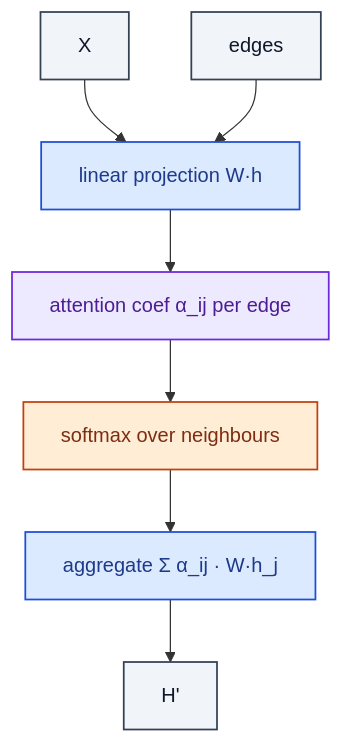
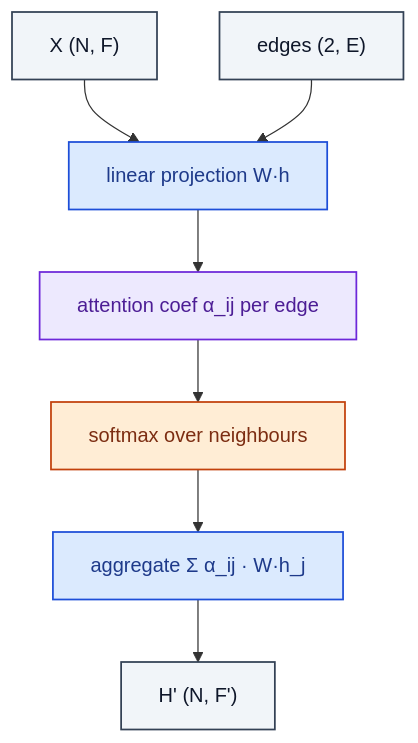
Before and after one commit to RealityShifts/Srivastava-book-of-Blocks-diagrams: the diagram in gnn/GraphAttention.md, drawn with Mermaid. The commit also changed 123 other files, not shown here.

````diff
--- a/gnn/GraphAttention.md
+++ b/gnn/GraphAttention.md
@@ -7,25 +7,26 @@
 ```mermaid
 flowchart TD
-    n0_0["X"]:::io
-    n0_1["edges"]:::io
+    n0_0["X  (N, F)"]:::io
+    n0_1["edges  (2, E)"]:::io
     n1_0["linear projection W·h"]:::op
     n2_0["attention coef α_ij per edge"]:::attn
     n3_0["softmax over neighbours"]:::act
     n4_0["aggregate  Σ α_ij · W·h_j"]:::op
-    n5_0["H'"]:::io
+    n5_0["H'  (N, F')"]:::io
     n0_0 --> n1_0
     n0_1 --> n1_0
     n1_0 --> n2_0
     n2_0 --> n3_0
     n3_0 --> n4_0
     n4_0 --> n5_0
     classDef io fill:#f1f5f9,stroke:#334155,stroke-width:1.4px,color:#0f172a
     classDef op fill:#dbeafe,stroke:#1d4ed8,stroke-width:1.4px,color:#1e3a8a
     classDef norm fill:#dcfce7,stroke:#15803d,stroke-width:1.4px,color:#14532d
     classDef act fill:#ffedd5,stroke:#c2410c,stroke-width:1.4px,color:#7c2d12
     classDef attn fill:#ede9fe,stroke:#6d28d9,stroke-width:1.4px,color:#4c1d95
     classDef merge fill:#fef3c7,stroke:#b45309,stroke-width:1.4px,color:#78350f
     classDef emb fill:#fef9c3,stroke:#a16207,stroke-width:1.4px,color:#713f12
     classDef loss fill:#fee2e2,stroke:#b91c1c,stroke-width:1.4px,color:#7f1d1d
     classDef ctrl fill:#f5f5f4,stroke:#52525b,stroke-width:1.4px,color:#27272a
+    classDef ref fill:#e0f2fe,stroke:#0369a1,stroke-width:2px,color:#0c4a6e,stroke-dasharray: 4 2
 ```
````
